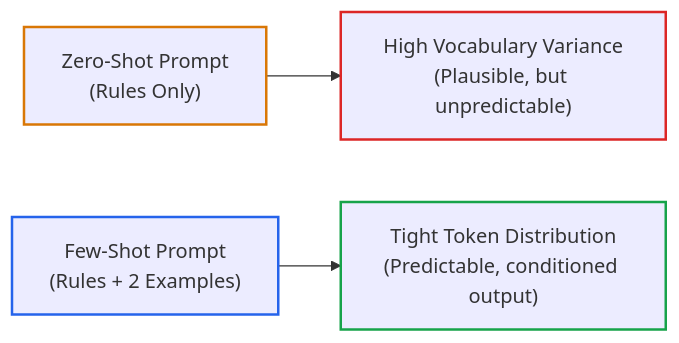
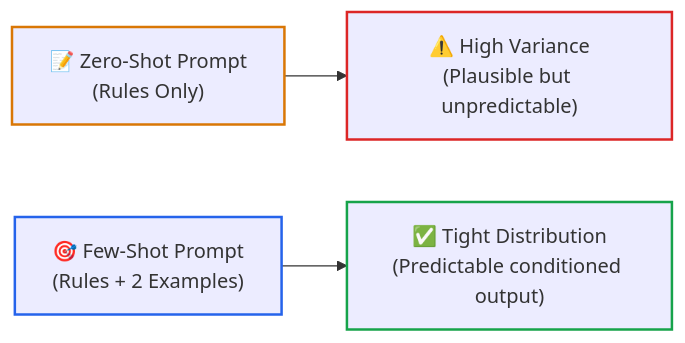
Before and after one commit to dip4k/senior-engineer-to-ai-engineer-roadmap: the second of 2 diagrams in 01-prompt-and-context-engineering/00-prompt-engineering-fundamentals-roles-and-in-context-learning.md, drawn with Mermaid. The commit also changed other lines of this file and 39 other files, not shown here.

First line of the commit message:
feat(curriculum): upgrade mermaid diagrams with unicode icons & codify anti-bloat layout rules

````diff
--- a/01-prompt-and-context-engineering/00-prompt-engineering-fundamentals-roles-and-in-context-learning.md
+++ b/01-prompt-and-context-engineering/00-prompt-engineering-fundamentals-roles-and-in-context-learning.md
@@ -112,10 +112,10 @@
 ```mermaid
 flowchart LR
-    Zero["Zero-Shot Prompt<br>(Rules Only)"] --> V1["High Vocabulary Variance<br>(Plausible, but unpredictable)"]
-    Few["Few-Shot Prompt<br>(Rules + 2 Examples)"] --> V2["Tight Token Distribution<br>(Predictable, conditioned output)"]
+    Zero["📝 Zero-Shot Prompt<br>(Rules Only)"] --> V1["⚠️ High Variance<br>(Plausible but unpredictable)"]
+    Few["🎯 Few-Shot Prompt<br>(Rules + 2 Examples)"] --> V2["✅ Tight Distribution<br>(Predictable conditioned output)"]
 
     style Zero stroke:#d97706,stroke-width:2px
     style Few stroke:#2563eb,stroke-width:2px
     style V1 stroke:#dc2626,stroke-width:2px
     style V2 stroke:#16a34a,stroke-width:2px
 ```
````
